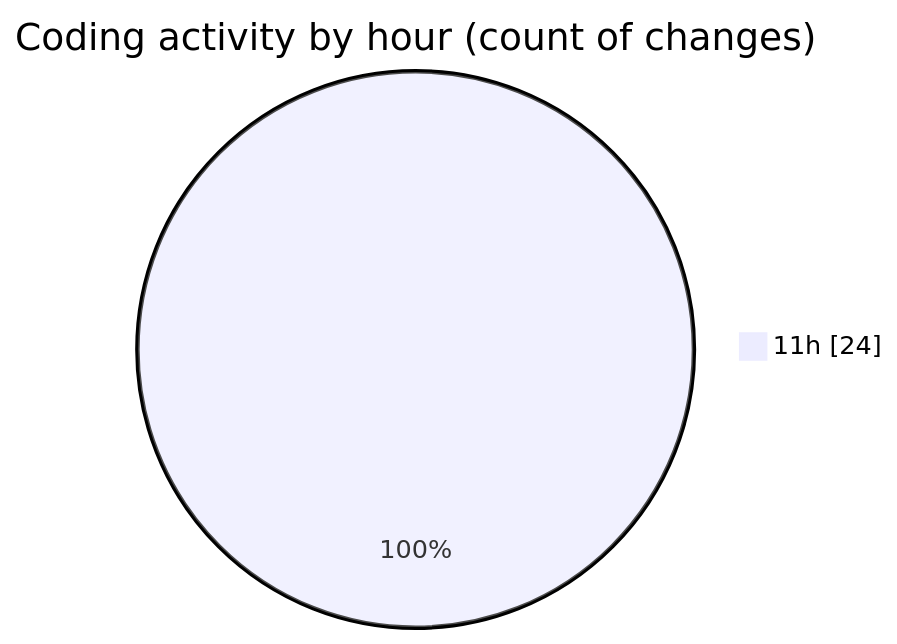
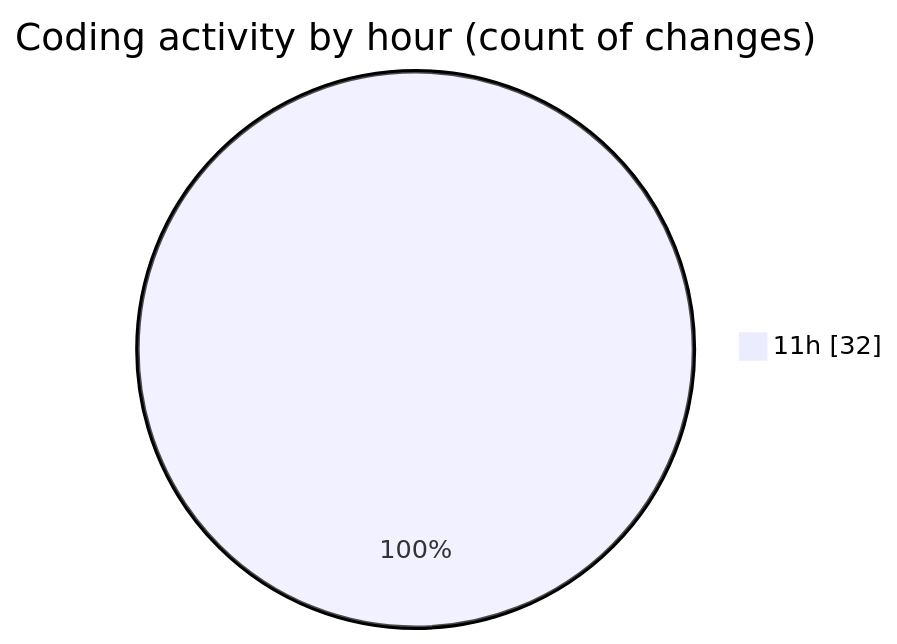
The second of 2 diagrams in 2025-03-17/audiobooks-web/README.md (robertbonfada/code-tracking), drawn with Mermaid before and after one commit. The commit also changed other lines of this file and 1 other file, not shown here.

````diff
--- a/2025-03-17/audiobooks-web/README.md
+++ b/2025-03-17/audiobooks-web/README.md
@@ -31,5 +32,5 @@
 ```mermaid
 pie showData
 title Coding activity by hour (count of changes)
-"11h" : 24
+"11h" : 32
 ```
````
